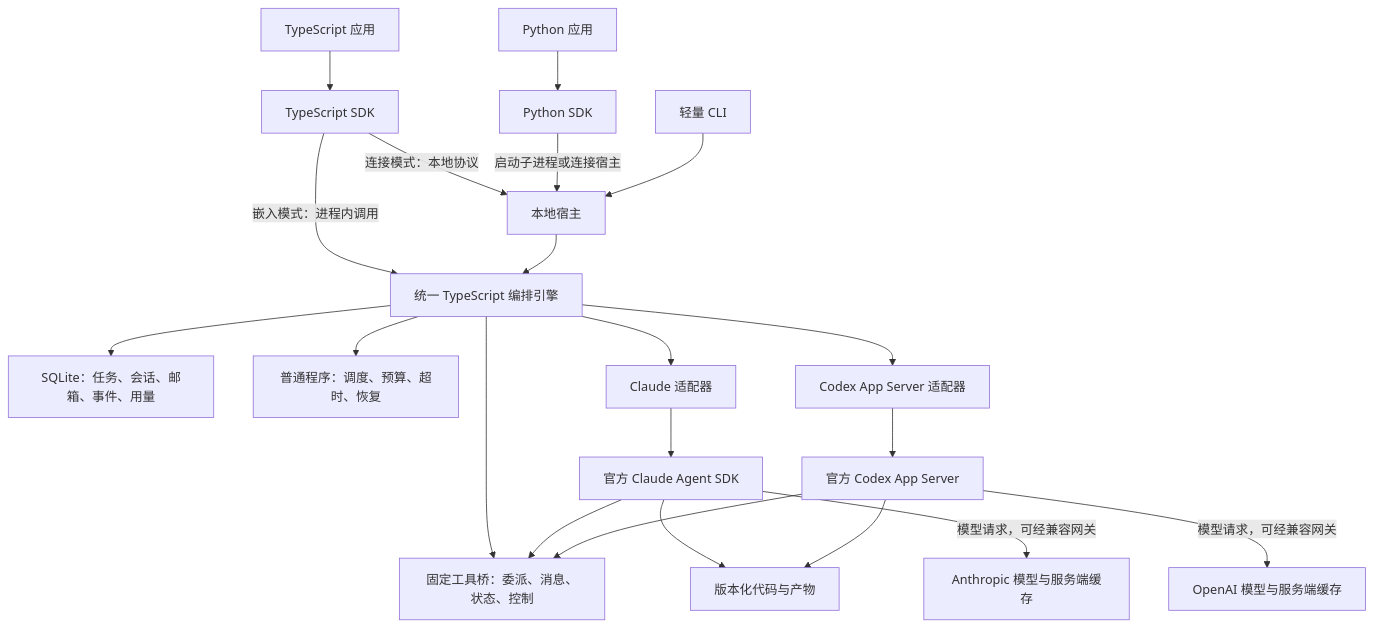
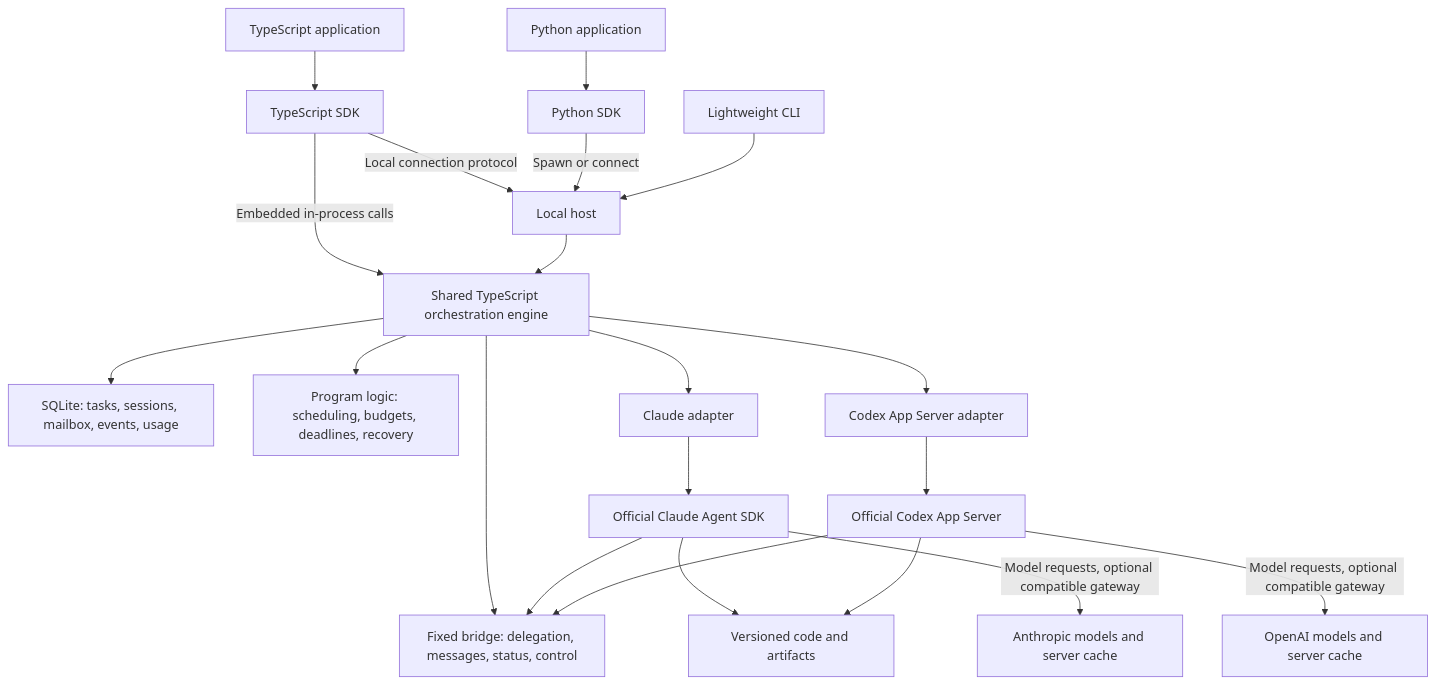
One commit to GfM-rvP9UN6UDe3W/Multi-Agent changed the diagram in AGENT_ORCHESTRATION_DESIGN.md. Above: the diagram before and after it, drawn with Mermaid. The commit also changed other lines of this file and 23 other files, not shown here.

````diff
--- a/AGENT_ORCHESTRATION_DESIGN.md
+++ b/AGENT_ORCHESTRATION_DESIGN.md
@@ -71,23 +69,23 @@
 ```mermaid
 flowchart TD
-  TS[TypeScript 应用] --> TSDK[TypeScript SDK]
-  PY[Python 应用] --> PSDK[Python SDK]
-  TSDK -->|嵌入模式：进程内调用| CORE[统一 TypeScript 编排引擎]
-  TSDK -->|连接模式：本地协议| HOST[本地宿主]
-  PSDK -->|启动子进程或连接宿主| HOST
-  CLI[轻量 CLI] --> HOST
+  TS[TypeScript application] --> TSDK[TypeScript SDK]
+  PY[Python application] --> PSDK[Python SDK]
+  TSDK -->|Embedded in-process calls| CORE[Shared TypeScript orchestration engine]
+  TSDK -->|Local connection protocol| HOST[Local host]
+  PSDK -->|Spawn or connect| HOST
+  CLI[Lightweight CLI] --> HOST
   HOST --> CORE
-  CORE --> STORE[SQLite：任务、会话、邮箱、事件、用量]
-  CORE --> POLICY[普通程序：调度、预算、超时、恢复]
-  CORE --> TOOLS[固定工具桥：委派、消息、状态、控制]
-  CORE --> CA[Claude 适配器]
-  CORE --> CX[Codex App Server 适配器]
-  CA --> CW[官方 Claude Agent SDK]
-  CX --> XW[官方 Codex App Server]
-  CW --> ART[版本化代码与产物]
+  CORE --> STORE[SQLite: tasks, sessions, mailbox, events, usage]
+  CORE --> POLICY[Program logic: scheduling, budgets, deadlines, recovery]
+  CORE --> TOOLS[Fixed bridge: delegation, messages, status, control]
+  CORE --> CA[Claude adapter]
+  CORE --> CX[Codex App Server adapter]
+  CA --> CW[Official Claude Agent SDK]
+  CX --> XW[Official Codex App Server]
+  CW --> ART[Versioned code and artifacts]
   XW --> ART
   CW --> TOOLS
   XW --> TOOLS
-  CW -->|模型请求，可经兼容网关| AN[Anthropic 模型与服务端缓存]
-  XW -->|模型请求，可经兼容网关| OA[OpenAI 模型与服务端缓存]
+  CW -->|Model requests, optional compatible gateway| AN[Anthropic models and server cache]
+  XW -->|Model requests, optional compatible gateway| OA[OpenAI models and server cache]
 ```
````
